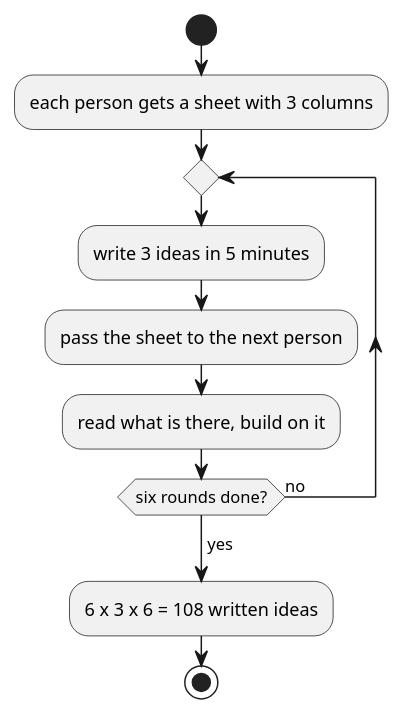
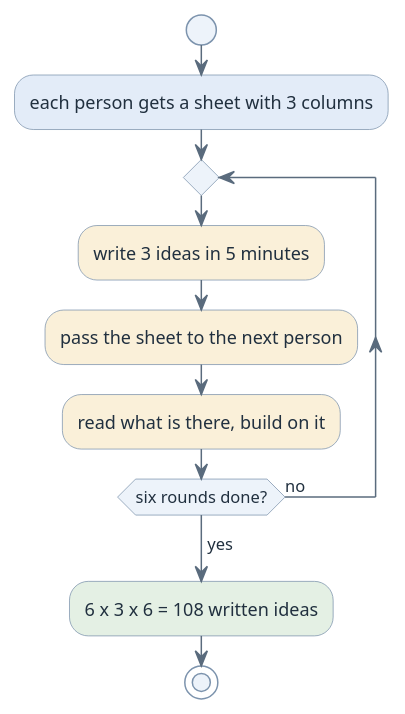
The first of 3 diagrams in modules/governance-idea-generation/index.adoc (htl-leonding-college/curriculum-syp3), drawn with PlantUML before and after one commit. The commit also changed other lines of this file and 65 other files, not shown here.

First line of the commit message:
feat(site): give the diagrams a semantic pastel palette

```diff
--- a/modules/governance-idea-generation/index.adoc
+++ b/modules/governance-idea-generation/index.adoc
@@ -113,17 +113,26 @@
 [plantuml,brainwriting,svg]
 ----
 @startuml
-skinparam monochrome true
+<style>
+element { BackgroundColor #EDF3FA; LineColor #7C93AD; FontColor #21303F }
+arrow { LineColor #5A6B7D; FontColor #21303F }
+.key { BackgroundColor #E3ECF8 }
+.work { BackgroundColor #FAF0D9 }
+.ok { BackgroundColor #E4F0E4 }
+.bad { BackgroundColor #F8E5E5 }
+.aside { BackgroundColor #ECE6F7 }
+.muted { BackgroundColor #F0F2F5 }
+</style>
 skinparam shadowing false
 start
-:each person gets a sheet with 3 columns;
+:each person gets a sheet with 3 columns; <<key>>
 repeat
-  :write 3 ideas in 5 minutes;
-  :pass the sheet to the next person;
-  :read what is there, build on it;
+  :write 3 ideas in 5 minutes; <<work>>
+  :pass the sheet to the next person; <<work>>
+  :read what is there, build on it; <<work>>
 repeat while (six rounds done?) is (no)
 ->yes;
-:6 x 3 x 6 = 108 written ideas;
+:6 x 3 x 6 = 108 written ideas; <<ok>>
 stop
 @enduml
 ----
```
